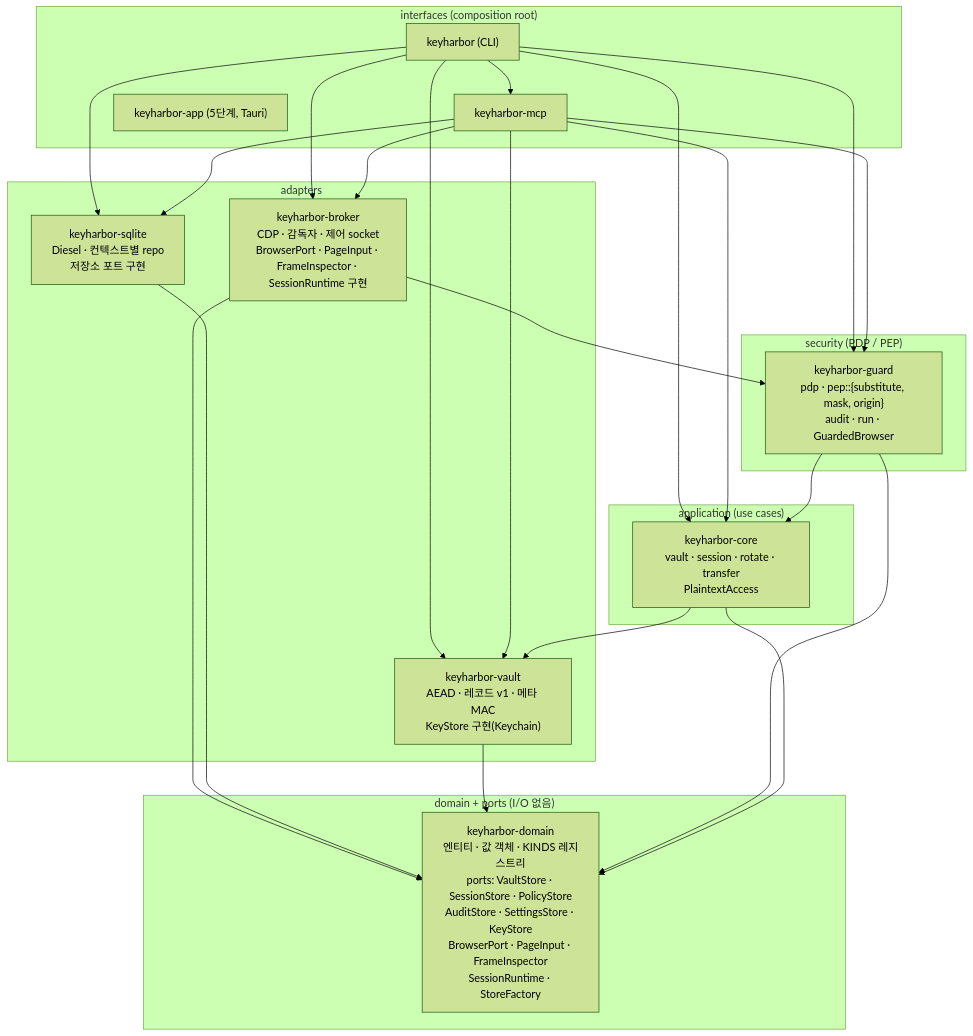
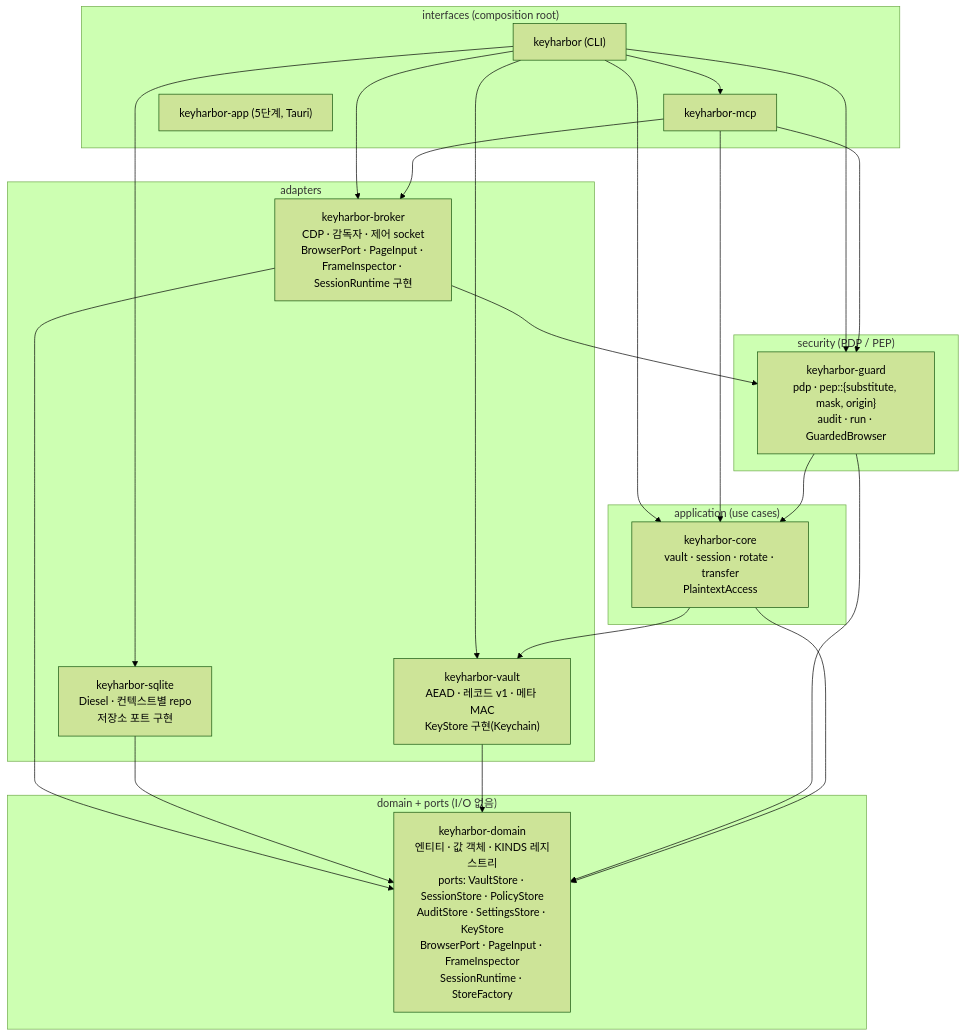
One commit to LeeSwallow/KeyHarbor changed the third of 17 diagrams in docs/design/02-system-architecture.md. Above: the diagram before and after it, drawn with Mermaid (forest theme). The commit also changed other lines of this file and 43 other files, not shown here.

````diff
--- a/docs/design/02-system-architecture.md
+++ b/docs/design/02-system-architecture.md
@@ -82,28 +82,28 @@
 ```mermaid
 flowchart TB
   subgraph interfaces["interfaces (composition root)"]
     cli["keyharbor (CLI)"]
     mcp["keyharbor-mcp"]
     app["keyharbor-app (5단계, Tauri)"]
   end
   subgraph adapters["adapters"]
     broker["keyharbor-broker<br/>CDP · 감독자 · 제어 socket<br/>BrowserPort · PageInput · FrameInspector · SessionRuntime 구현"]
     sqlite["keyharbor-sqlite<br/>Diesel · 컨텍스트별 repo<br/>저장소 포트 구현"]
     vault["keyharbor-vault<br/>AEAD · 레코드 v1 · 메타 MAC<br/>KeyStore 구현(Keychain)"]
   end
   subgraph security["security (PDP / PEP)"]
     guard["keyharbor-guard<br/>pdp · pep::{substitute, mask, origin}<br/>audit · run · GuardedBrowser"]
   end
   subgraph application["application (use cases)"]
     core["keyharbor-core<br/>vault · session · rotate · transfer<br/>PlaintextAccess"]
   end
   subgraph domain["domain + ports (I/O 없음)"]
     dom["keyharbor-domain<br/>엔티티 · 값 객체 · KINDS 레지스트리<br/>ports: VaultStore · SessionStore · PolicyStore<br/>AuditStore · SettingsStore · KeyStore<br/>BrowserPort · PageInput · FrameInspector<br/>SessionRuntime · StoreFactory"]
   end
   cli --> mcp & broker & sqlite & vault & guard & core
-  mcp --> broker & sqlite & vault & guard & core
+  mcp --> broker & guard & core
   broker --> guard
   guard --> core
   core --> vault
   broker & sqlite & vault & guard & core --> dom
 ```
````
